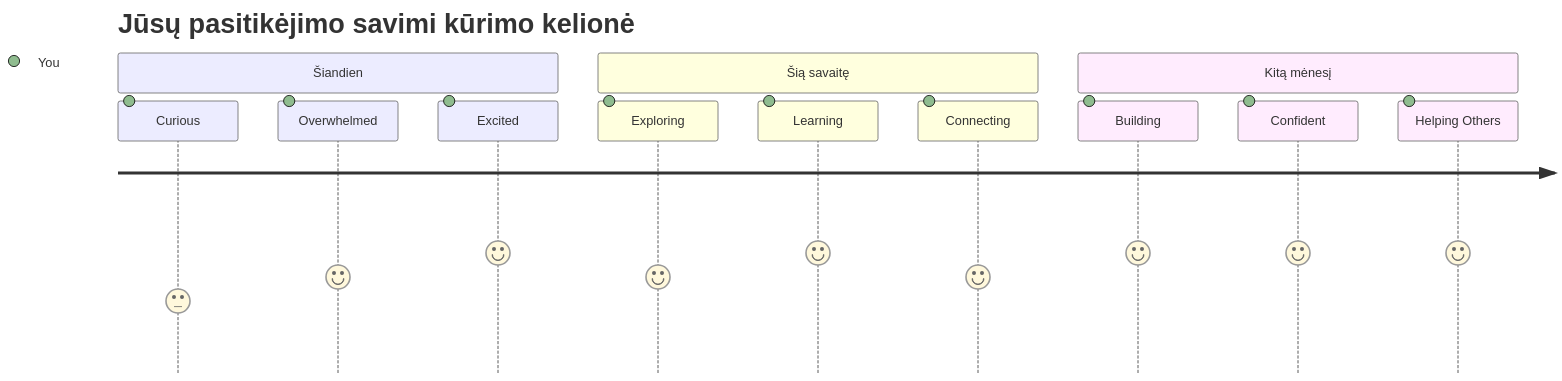
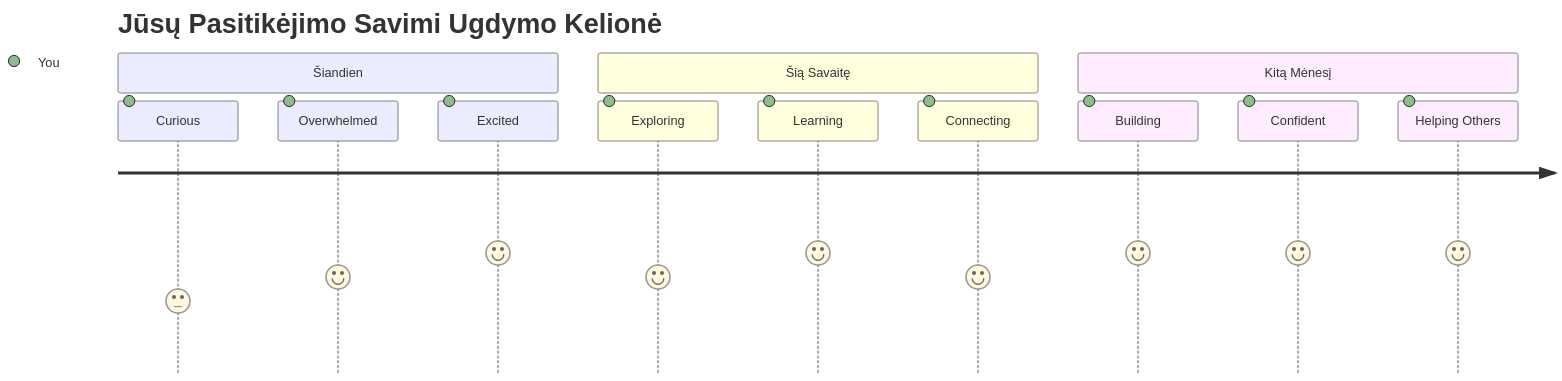
One commit to microsoft/Web-Dev-For-Beginners changed the seventh of 7 diagrams in translations/lt/1-getting-started-lessons/1-intro-to-programming-languages/README.md. Above: the diagram before and after it, drawn with Mermaid. The commit also changed other lines of this file and 11 other files, not shown here.

````diff
--- a/translations/lt/1-getting-started-lessons/1-intro-to-programming-languages/README.md
+++ b/translations/lt/1-getting-started-lessons/1-intro-to-programming-languages/README.md
@@ -833,16 +833,16 @@
 ```mermaid
 journey
-    title Jūsų pasitikėjimo savimi kūrimo kelionė
+    title Jūsų Pasitikėjimo Savimi Ugdymo Kelionė
     section Šiandien
       Curious: 3: You
       Overwhelmed: 4: You
       Excited: 5: You
-    section Šią savaitę
+    section Šią Savaitę
       Exploring: 4: You
       Learning: 5: You
       Connecting: 4: You
-    section Kitą mėnesį
+    section Kitą Mėnesį
       Building: 5: You
       Confident: 5: You
       Helping Others: 5: You
 ```
````
